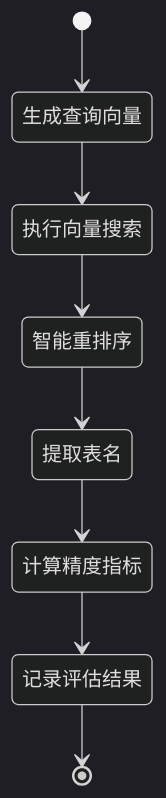
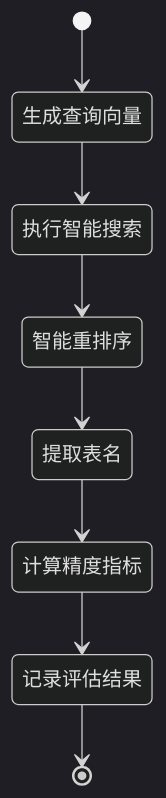
Before and after one commit to HanHuiOnLine/724-office: diagram 15 of 34 in .qoder/repowiki/zh/content/核心模块详解/NL2SQL自然语言到SQL系统/NL2SQL自然语言到SQL系统.md, drawn with Mermaid (dark theme). The commit also changed other lines of this file and 5 other files, not shown here.

````diff
--- a/.qoder/repowiki/zh/content/核心模块详解/NL2SQL自然语言到SQL系统/NL2SQL自然语言到SQL系统.md
+++ b/.qoder/repowiki/zh/content/核心模块详解/NL2SQL自然语言到SQL系统/NL2SQL自然语言到SQL系统.md
@@ -759,10 +763,10 @@
 ```mermaid
 stateDiagram-v2
 [*] --> 生成查询向量
-生成查询向量 --> 执行向量搜索
-执行向量搜索 --> 智能重排序
+生成查询向量 --> 执行智能搜索
+执行智能搜索 --> 智能重排序
 智能重排序 --> 提取表名
 提取表名 --> 计算精度指标
 计算精度指标 --> 记录评估结果
 记录评估结果 --> [*]
 ```
````
